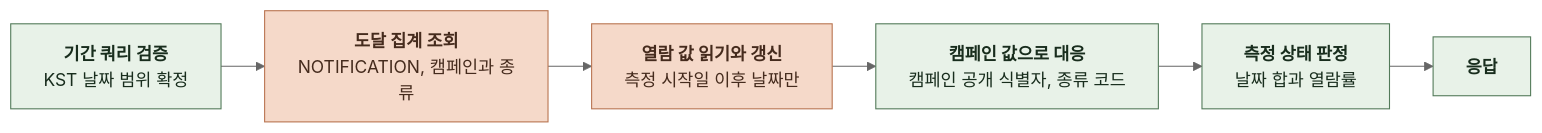
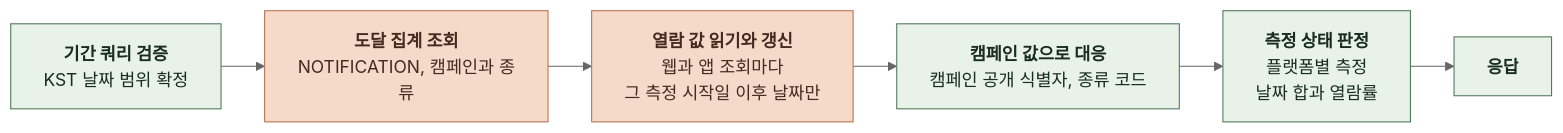
Diagram 19 of 20 in docs/domain/ADMIN/BACKEND/4-1-PIPELINES.md (KIM-N-KANG/knk-harness), drawn with Mermaid (neutral theme) before and after one commit. The commit also changed other lines of this file and 20 other files, not shown here.

````diff
--- a/docs/domain/ADMIN/BACKEND/4-1-PIPELINES.md
+++ b/docs/domain/ADMIN/BACKEND/4-1-PIPELINES.md
@@ -859,18 +860,20 @@
 ```mermaid
 %%{init: {"flowchart": {"curve": "basis", "nodeSpacing": 24, "rankSpacing": 40}}}%%
 flowchart LR
     A["`**기간 쿼리 검증**
 KST 날짜 범위 확정`"] --> B["`**도달 집계 조회**
 NOTIFICATION, 캠페인과 종류`"]
     B --> C["`**열람 값 읽기와 갱신**
-측정 시작일 이후 날짜만`"]
+웹과 앱 조회마다
+그 측정 시작일 이후 날짜만`"]
     C --> D["`**캠페인 값으로 대응**
 캠페인 공개 식별자, 종류 코드`"]
     D --> E["`**측정 상태 판정**
+플랫폼별 측정
 날짜 합과 열람률`"]
     E --> F["`**응답**`"]
     classDef comp fill:#E8F2E8,stroke:#527A59,color:#182D1D
     classDef task fill:#F5D9C9,stroke:#B97450,color:#452B1D
     class A,D,E,F comp
     class B,C task
 ```
````
